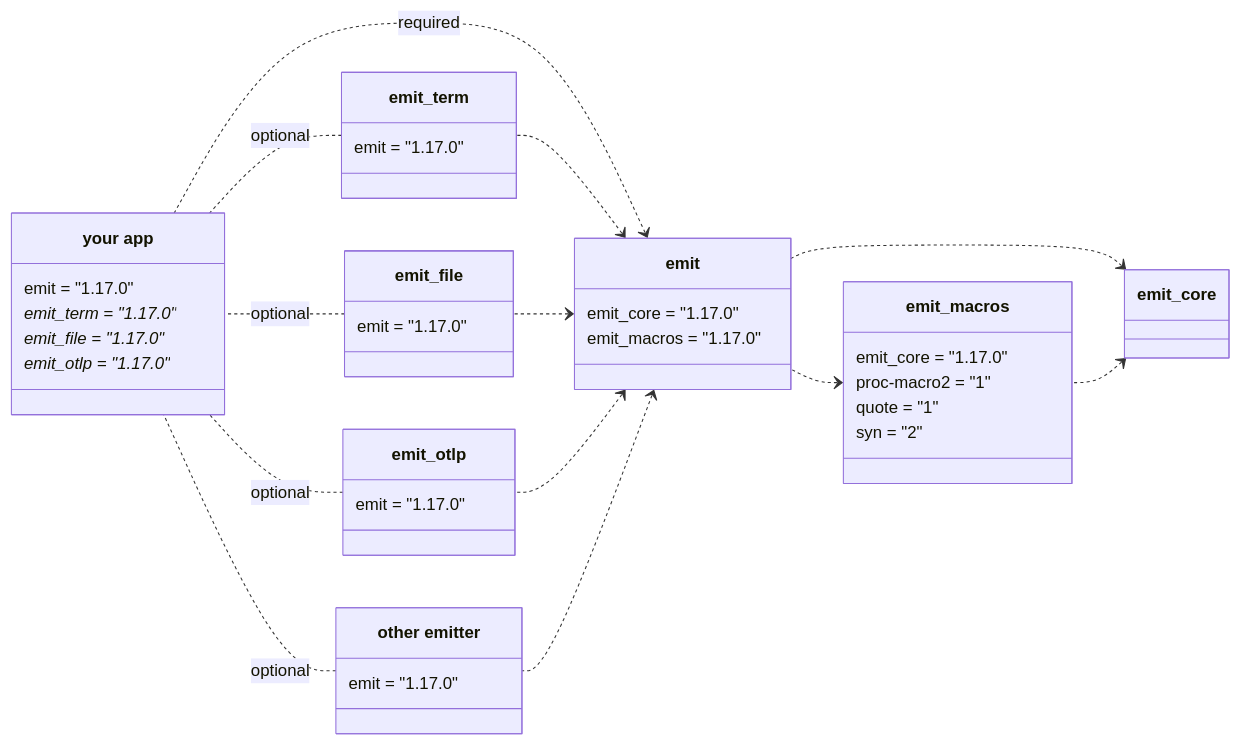
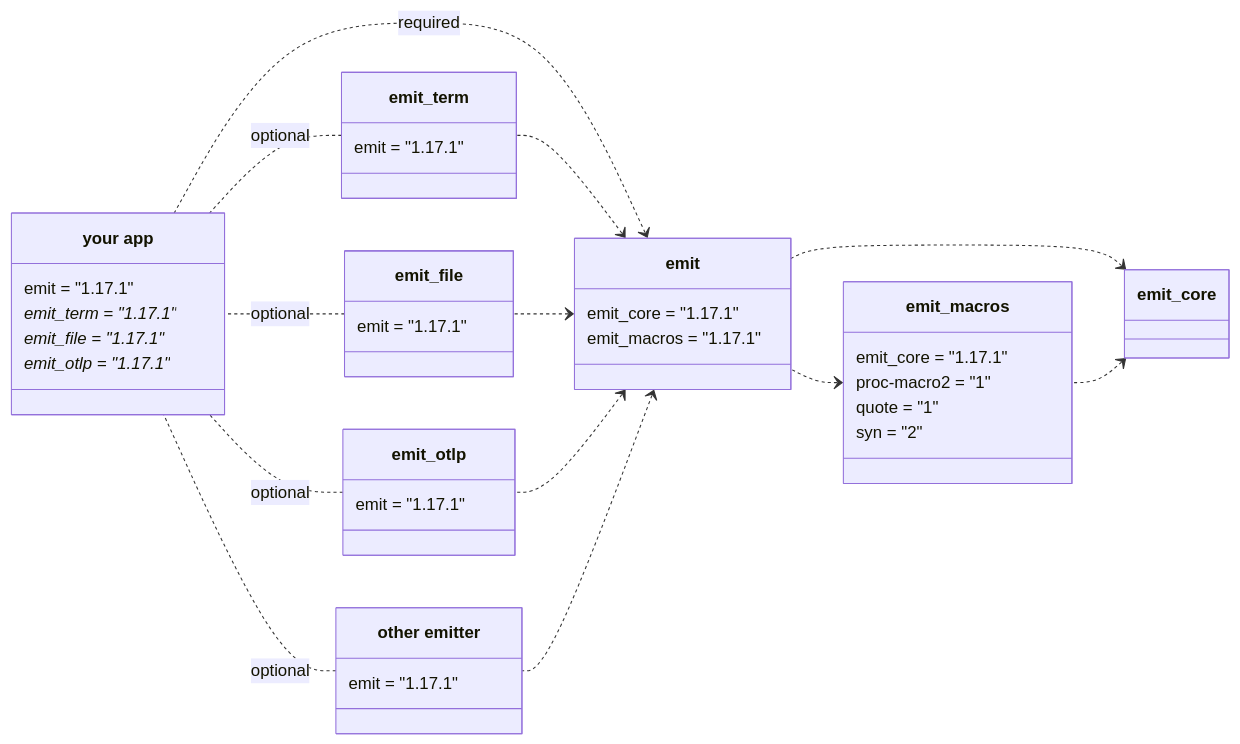
The first of 5 diagrams in book/src/reference/architecture.md (emit-rs/emit), drawn with Mermaid before and after one commit. The commit also changed other lines of this file and 67 other files, not shown here.

````diff
--- a/book/src/reference/architecture.md
+++ b/book/src/reference/architecture.md
@@ -9,62 +9,62 @@
 ```mermaid
 classDiagram
     direction RL
     
     emit_core <.. emit_macros
     emit_core <.. emit
     emit_macros <.. emit
 
     class emit_macros {
-        emit_core = "1.17.0"
+        emit_core = "1.17.1"
         proc-macro2 = "1"
         quote = "1"
         syn = "2"
     }
 
     emit <.. emit_term
     emit <.. emit_file
     emit <.. emit_otlp
     emit <.. emit_custom
 
     emit <.. app : required
 
     class emit {
-        emit_core = "1.17.0"
-        emit_macros = "1.17.0"
+        emit_core = "1.17.1"
+        emit_macros = "1.17.1"
     }
 
     emit_term .. app : optional
     emit_file .. app : optional
     emit_otlp .. app : optional
     emit_custom .. app : optional
 
     class emit_term {
-        emit = "1.17.0"
+        emit = "1.17.1"
     }
 
     class emit_file {
-        emit = "1.17.0"
+        emit = "1.17.1"
     }
 
     class emit_otlp {
-        emit = "1.17.0"
+        emit = "1.17.1"
     }
 
     class emit_custom["other emitter"] {
-        emit = "1.17.0"
+        emit = "1.17.1"
     }
 
     class app["your app"] {
-        emit = "1.17.0"
-        emit_term = "1.17.0"*
-        emit_file = "1.17.0"*
-        emit_otlp = "1.17.0"*
+        emit = "1.17.1"
+        emit_term = "1.17.1"*
+        emit_file = "1.17.1"*
+        emit_otlp = "1.17.1"*
     }
 
-    click emit_core href "https://docs.rs/emit_core/1.17.0/emit_core/index.html"
-    click emit_macros href "https://docs.rs/emit_macros/1.17.0/emit_macros/index.html"
-    click emit href "https://docs.rs/emit/1.17.0/emit/index.html"
-    click emit_term href "https://docs.rs/emit_term/1.17.0/emit_term/index.html"
-    click emit_file href "https://docs.rs/emit_file/1.17.0/emit_file/index.html"
-    click emit_otlp href "https://docs.rs/emit_otlp/1.17.0/emit_otlp/index.html"
+    click emit_core href "https://docs.rs/emit_core/1.17.1/emit_core/index.html"
+    click emit_macros href "https://docs.rs/emit_macros/1.17.1/emit_macros/index.html"
+    click emit href "https://docs.rs/emit/1.17.1/emit/index.html"
+    click emit_term href "https://docs.rs/emit_term/1.17.1/emit_term/index.html"
+    click emit_file href "https://docs.rs/emit_file/1.17.1/emit_file/index.html"
+    click emit_otlp href "https://docs.rs/emit_otlp/1.17.1/emit_otlp/index.html"
 ```
````
